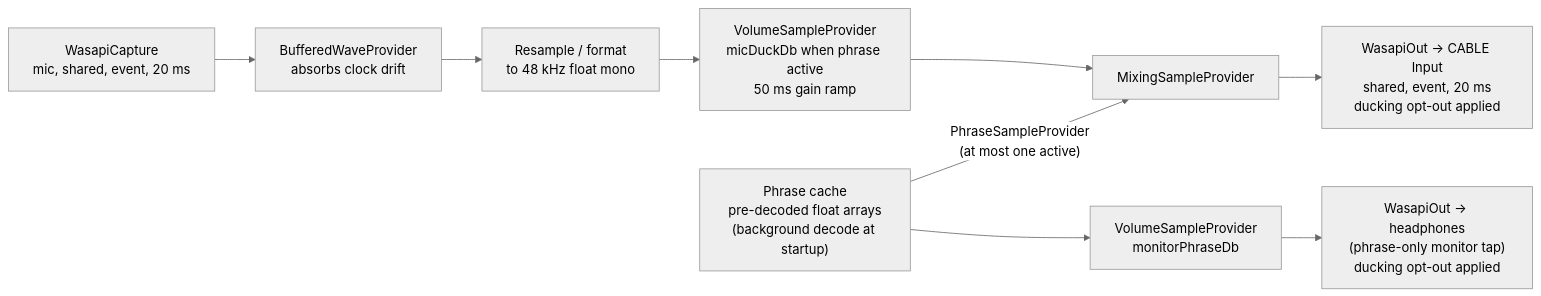
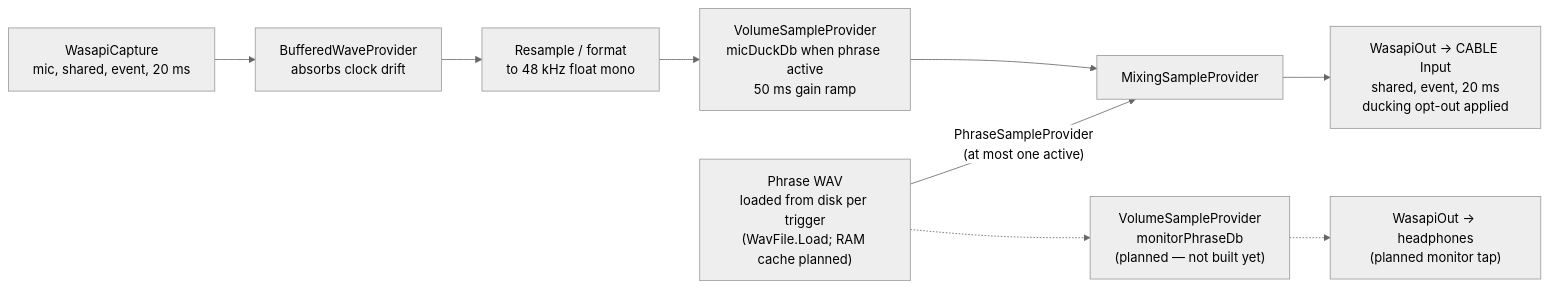
Before and after one commit to olehserv/ada-voice: the first of 3 diagrams in docs/design/06-audio-engine.md, drawn with Mermaid (neutral theme). The commit also changed other lines of this file and 48 other files, not shown here.

````diff
--- a/docs/design/06-audio-engine.md
+++ b/docs/design/06-audio-engine.md
@@ -8,11 +8,11 @@
 ```mermaid
 flowchart LR
     CAP["WasapiCapture<br/>mic, shared, event, 20 ms"] --> BUF["BufferedWaveProvider<br/>absorbs clock drift"]
     BUF --> FMT["Resample / format<br/>to 48 kHz float mono"]
     FMT --> DUCK["VolumeSampleProvider<br/>micDuckDb when phrase active<br/>50 ms gain ramp"]
     DUCK --> MIX["MixingSampleProvider"]
-    PC["Phrase cache<br/>pre-decoded float arrays<br/>(background decode at startup)"] -->|"PhraseSampleProvider<br/>(at most one active)"| MIX
+    PC["Phrase WAV<br/>loaded from disk per trigger<br/>(WavFile.Load; RAM cache planned)"] -->|"PhraseSampleProvider<br/>(at most one active)"| MIX
     MIX --> OUT1["WasapiOut → CABLE Input<br/>shared, event, 20 ms<br/>ducking opt-out applied"]
-    PC --> MONG["VolumeSampleProvider<br/>monitorPhraseDb"]
-    MONG --> OUT2["WasapiOut → headphones<br/>(phrase-only monitor tap)<br/>ducking opt-out applied"]
+    PC -.-> MONG["VolumeSampleProvider<br/>monitorPhraseDb<br/>(planned — not built yet)"]
+    MONG -.-> OUT2["WasapiOut → headphones<br/>(planned monitor tap)"]
 ```
````
